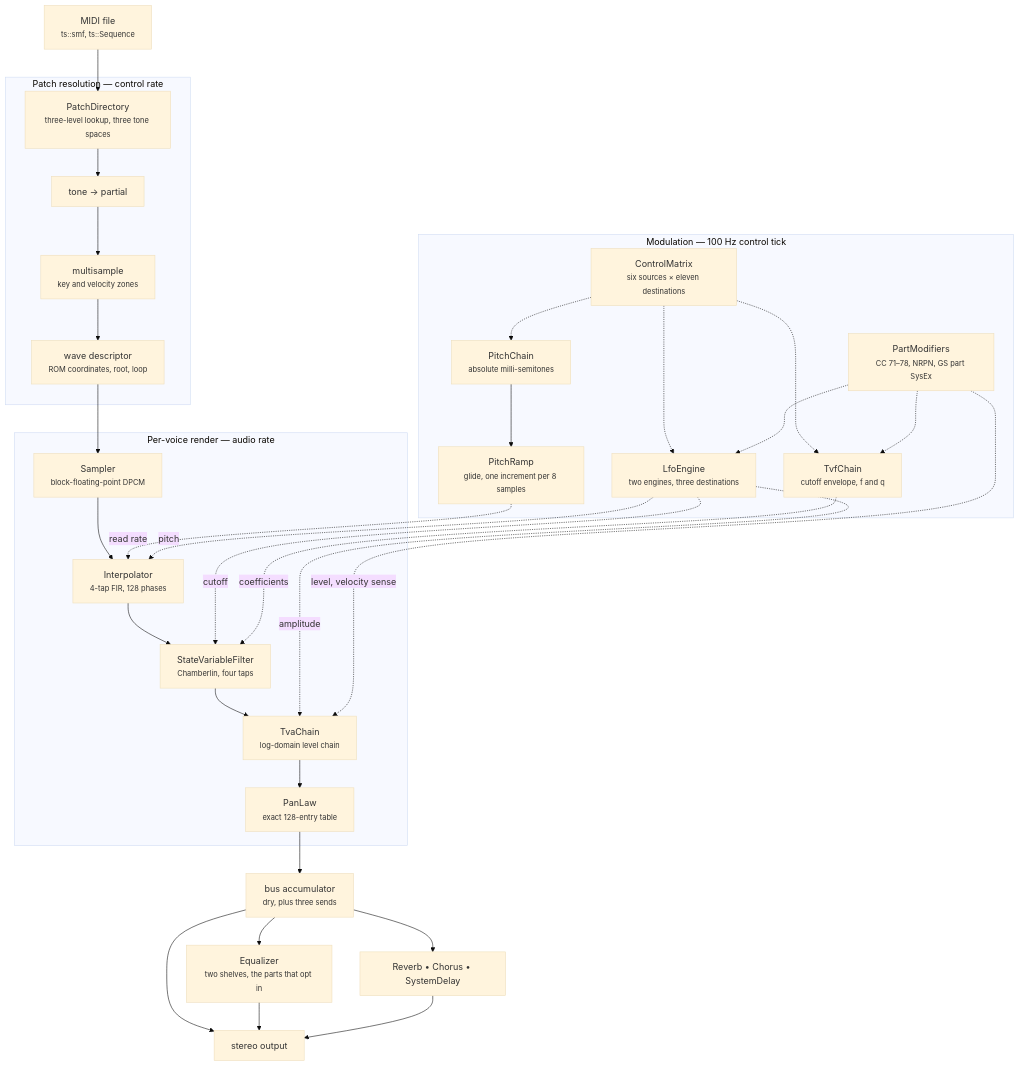
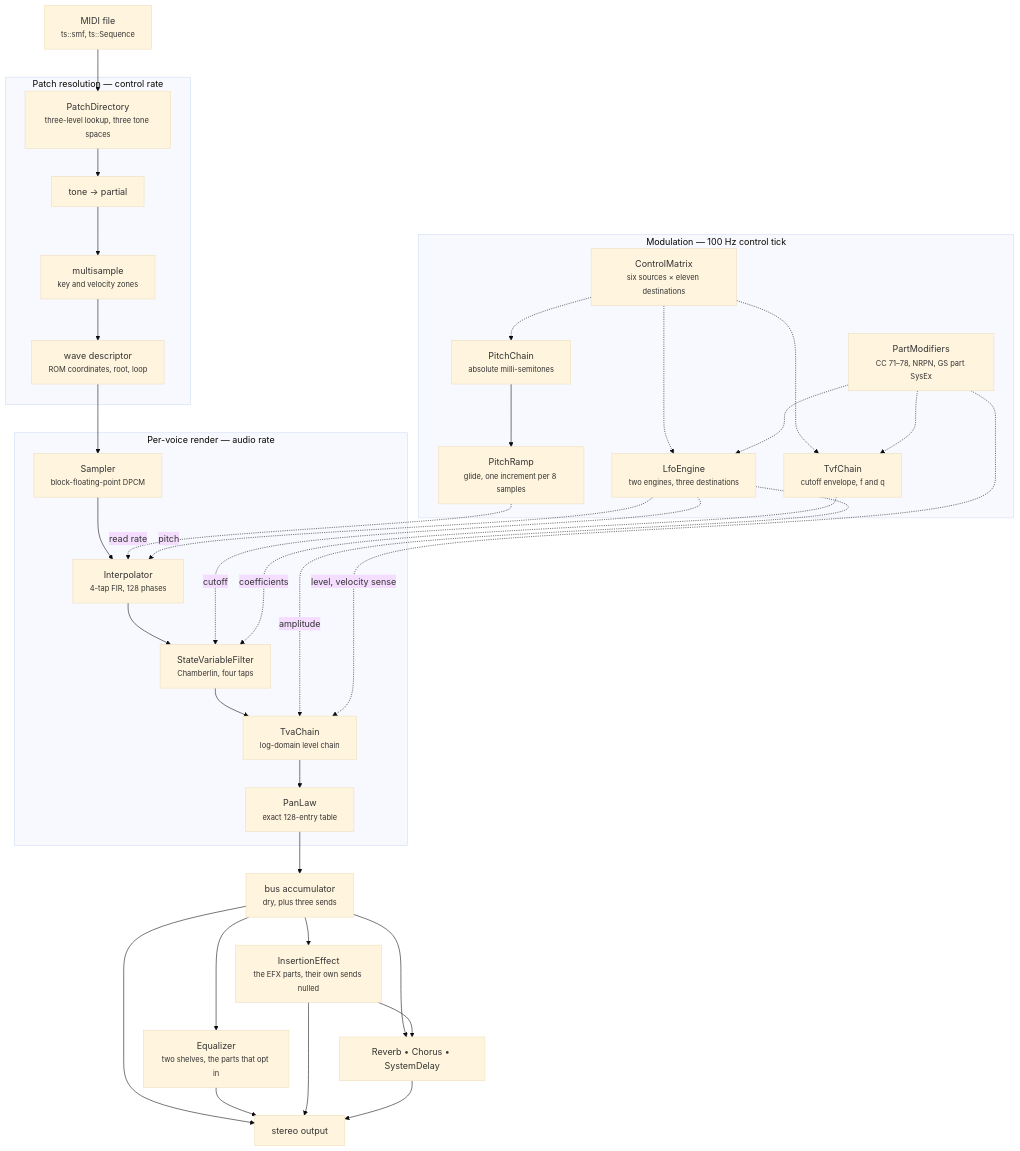
The second of 3 diagrams in docs/articles/architecture.md (TabulaSonora/NativeTS), drawn with Mermaid (base theme) before and after one commit. The commit also changed other lines of this file and 4 other files, not shown here.

````diff
--- a/docs/articles/architecture.md
+++ b/docs/articles/architecture.md
@@ -52,48 +52,51 @@
 ```mermaid
 flowchart TD
     MIDI["MIDI file<br/><small>ts::smf, ts::Sequence</small>"] --> DIR
 
     subgraph resolve["Patch resolution &mdash; control rate"]
         DIR["PatchDirectory<br/><small>three-level lookup, three tone spaces</small>"]
         TONE["tone &rarr; partial"]
         MS["multisample<br/><small>key and velocity zones</small>"]
         WD["wave descriptor<br/><small>ROM coordinates, root, loop</small>"]
         DIR --> TONE --> MS --> WD
     end
 
     subgraph voice["Per-voice render &mdash; audio rate"]
         CODEC["Sampler<br/><small>block-floating-point DPCM</small>"]
         INTERP["Interpolator<br/><small>4-tap FIR, 128 phases</small>"]
         SVF["StateVariableFilter<br/><small>Chamberlin, four taps</small>"]
         TVA["TvaChain<br/><small>log-domain level chain</small>"]
         PAN["PanLaw<br/><small>exact 128-entry table</small>"]
         CODEC --> INTERP --> SVF --> TVA --> PAN
     end
 
     subgraph control["Modulation &mdash; 100 Hz control tick"]
         MTX["ControlMatrix<br/><small>six sources &times; eleven destinations</small>"]
         MOD["PartModifiers<br/><small>CC 71&ndash;78, NRPN, GS part SysEx</small>"]
         PITCH["PitchChain<br/><small>absolute milli-semitones</small>"]
         RAMP["PitchRamp<br/><small>glide, one increment per 8 samples</small>"]
         LFO["LfoEngine<br/><small>two engines, three destinations</small>"]
         TVF["TvfChain<br/><small>cutoff envelope, f and q</small>"]
         MTX -.-> PITCH & LFO & TVF
         MOD -.-> LFO & TVF
         PITCH --> RAMP
     end
 
     WD --> CODEC
     RAMP -.->|read rate| INTERP
     LFO -.->|pitch| INTERP
     LFO -.->|cutoff| SVF
     LFO -.->|amplitude| TVA
     TVF -.->|coefficients| SVF
     MOD -.->|level, velocity sense| TVA
 
     PAN --> BUS["bus accumulator<br/><small>dry, plus three sends</small>"]
     BUS --> EQ["Equalizer<br/><small>two shelves, the parts that opt in</small>"]
+    BUS --> EFX["InsertionEffect<br/><small>the EFX parts, their own sends nulled</small>"]
     BUS --> FX["Reverb &bull; Chorus &bull; SystemDelay"]
     BUS --> OUT["stereo output"]
     EQ --> OUT
+    EFX --> FX
+    EFX --> OUT
     FX --> OUT
 ```
````
